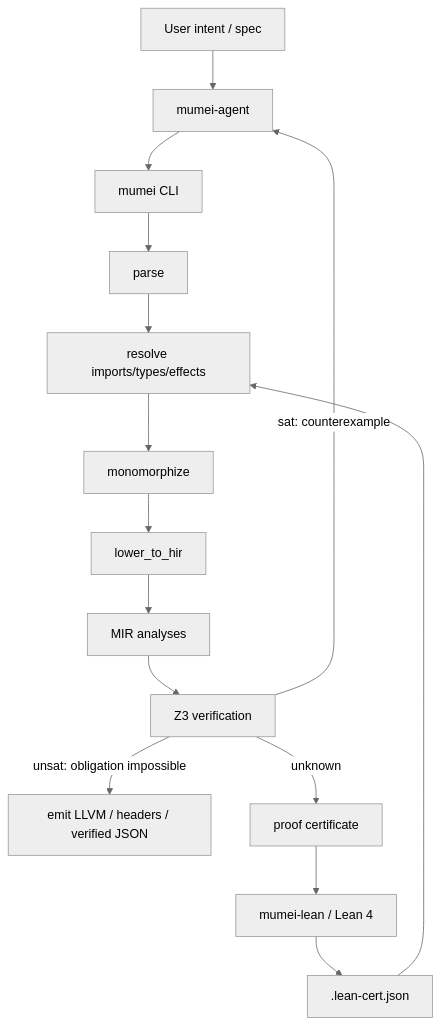
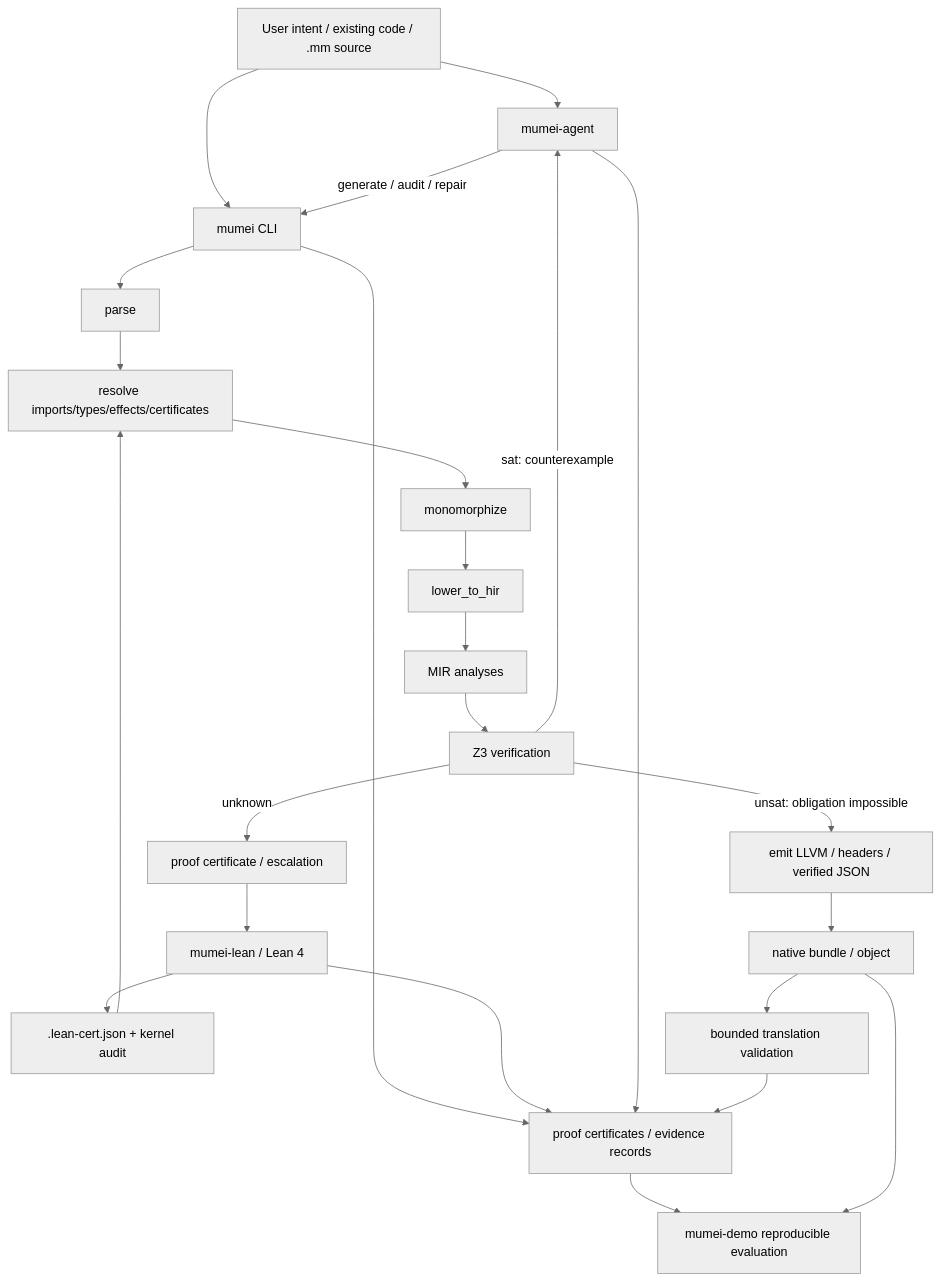
The second of 4 diagrams in paper/index.md (mumei-lang/mumei), drawn with Mermaid (neutral theme) before and after one commit. The commit also changed other lines of this file, not shown here.

````diff
--- a/paper/index.md
+++ b/paper/index.md
@@ -125,17 +130,26 @@
 ```mermaid
 flowchart TD
-    User["User intent / spec"] --> Agent["mumei-agent"]
-    Agent --> CLI["mumei CLI"]
+    User["User intent / existing code / .mm source"] --> Agent["mumei-agent"]
+    User --> CLI["mumei CLI"]
+    Agent -->|generate / audit / repair| CLI
     CLI --> Parser["parse"]
-    Parser --> Resolver["resolve imports/types/effects"]
+    Parser --> Resolver["resolve imports/types/effects/certificates"]
     Resolver --> Mono["monomorphize"]
     Mono --> HIR["lower_to_hir"]
     HIR --> MIR["MIR analyses"]
     MIR --> Z3["Z3 verification"]
     Z3 -->|unsat: obligation impossible| Emit["emit LLVM / headers / verified JSON"]
     Z3 -->|sat: counterexample| Agent
-    Z3 -->|unknown| Cert["proof certificate"]
+    Z3 -->|unknown| Cert["proof certificate / escalation"]
     Cert --> Lean["mumei-lean / Lean 4"]
-    Lean --> LeanCert[".lean-cert.json"]
+    Lean --> LeanCert[".lean-cert.json + kernel audit"]
     LeanCert --> Resolver
+    Emit --> Native["native bundle / object"]
+    Native --> TV["bounded translation validation"]
+    CLI --> Evidence["proof certificates / evidence records"]
+    Lean --> Evidence
+    Agent --> Evidence
+    TV --> Evidence
+    Evidence --> Demo["mumei-demo reproducible evaluation"]
+    Native --> Demo
 ```
````
